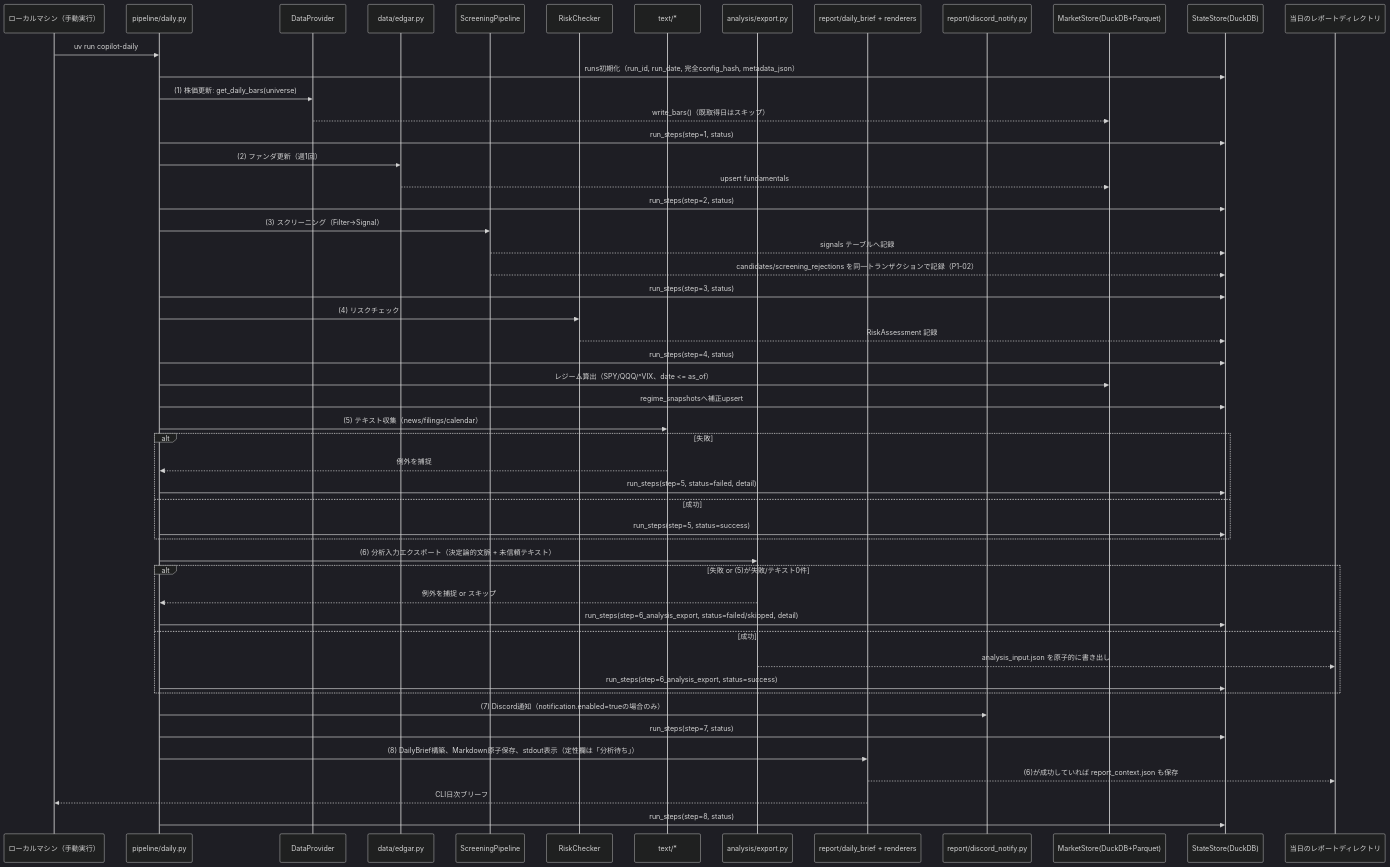
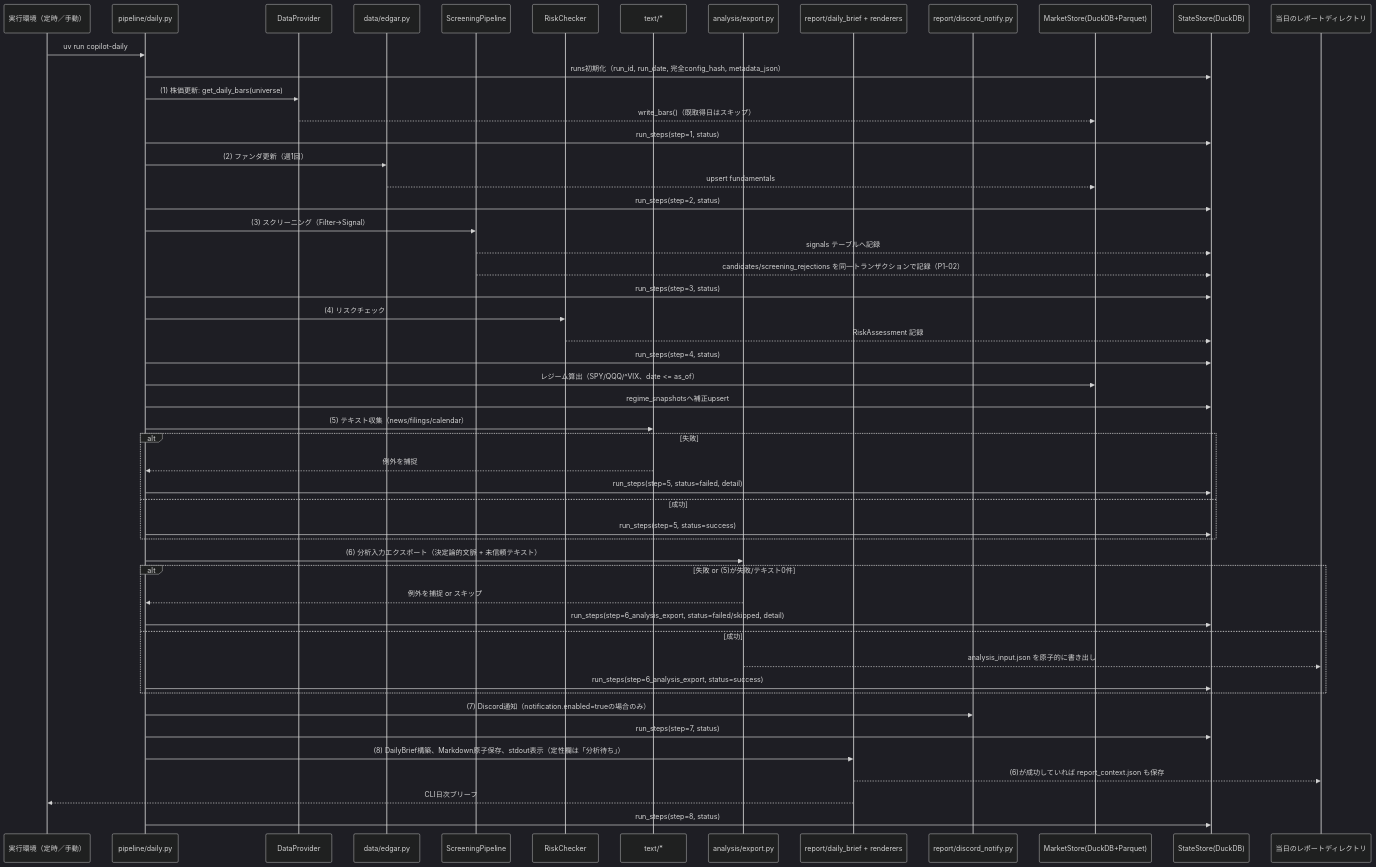
One commit to tomada1114/swing-copilot changed the second of 3 diagrams in docs/03_basic_design.md. Above: the diagram before and after it, drawn with Mermaid (dark theme). The commit also changed other lines of this file and 19 other files, not shown here.

````diff
--- a/docs/03_basic_design.md
+++ b/docs/03_basic_design.md
@@ -177,64 +177,64 @@
 ```mermaid
 sequenceDiagram
-    participant Local as ローカルマシン（手動実行）
+    participant Local as 実行環境（定時／手動）
     participant D as pipeline/daily.py
     participant DP as DataProvider
     participant EDG as data/edgar.py
     participant SCR as ScreeningPipeline
     participant RC as RiskChecker
     participant TXT as text/*
     participant EXP as analysis/export.py
     participant OUT as report/daily_brief + renderers
     participant DC as report/discord_notify.py
     participant MS as MarketStore(DuckDB+Parquet)
     participant ST as StateStore(DuckDB)
     participant FS as 当日のレポートディレクトリ
 
     Local->>D: uv run copilot-daily
     D->>ST: runs初期化（run_id, run_date, 完全config_hash, metadata_json）
 
     D->>DP: (1) 株価更新: get_daily_bars(universe)
     DP-->>MS: write_bars()（既取得日はスキップ）
     D->>ST: run_steps(step=1, status)
 
     D->>EDG: (2) ファンダ更新（週1回）
     EDG-->>MS: upsert fundamentals
     D->>ST: run_steps(step=2, status)
 
     D->>SCR: (3) スクリーニング（Filter→Signal）
     SCR-->>ST: signals テーブルへ記録
     SCR-->>ST: candidates/screening_rejections を同一トランザクションで記録（P1-02）
     D->>ST: run_steps(step=3, status)
 
     D->>RC: (4) リスクチェック
     RC-->>ST: RiskAssessment 記録
     D->>ST: run_steps(step=4, status)
 
     D->>MS: レジーム算出（SPY/QQQ/^VIX、date <= as_of）
     D->>ST: regime_snapshotsへ補正upsert
 
     D->>TXT: (5) テキスト収集（news/filings/calendar）
     alt 失敗
         TXT-->>D: 例外を捕捉
         D->>ST: run_steps(step=5, status=failed, detail)
     else 成功
         D->>ST: run_steps(step=5, status=success)
     end
 
     D->>EXP: (6) 分析入力エクスポート（決定論的文脈 + 未信頼テキスト）
     alt 失敗 or (5)が失敗/テキスト0件
         EXP-->>D: 例外を捕捉 or スキップ
         D->>ST: run_steps(step=6_analysis_export, status=failed/skipped, detail)
     else 成功
         EXP-->>FS: analysis_input.json を原子的に書き出し
         D->>ST: run_steps(step=6_analysis_export, status=success)
     end
 
     D->>DC: (7) Discord通知（notification.enabled=trueの場合のみ）
     D->>ST: run_steps(step=7, status)
 
     D->>OUT: (8) DailyBrief構築、Markdown原子保存、stdout表示（定性欄は「分析待ち」）
     OUT-->>FS: (6)が成功していれば report_context.json も保存
     OUT-->>Local: CLI日次ブリーフ
     D->>ST: run_steps(step=8, status)
 ```
````
